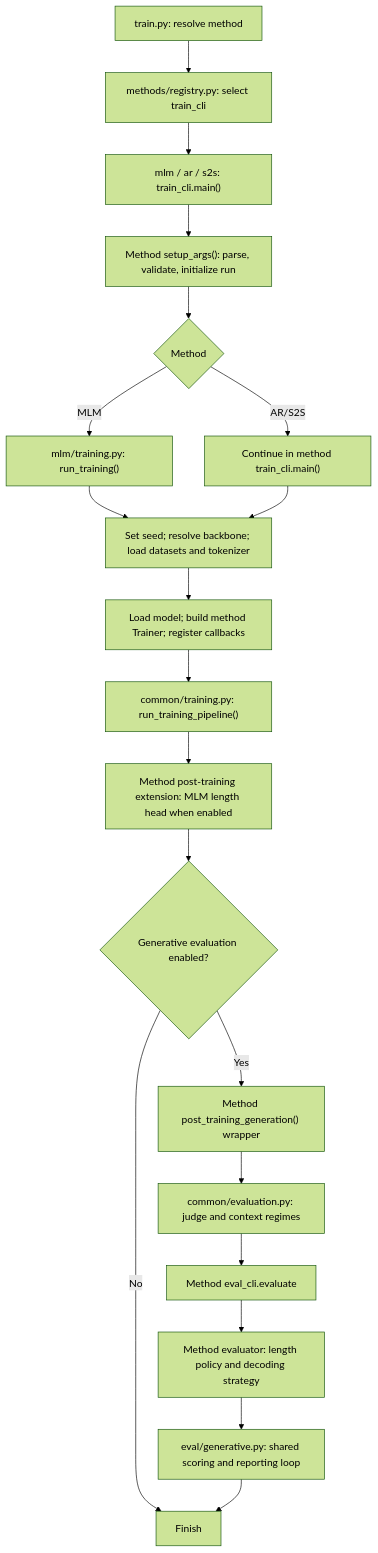
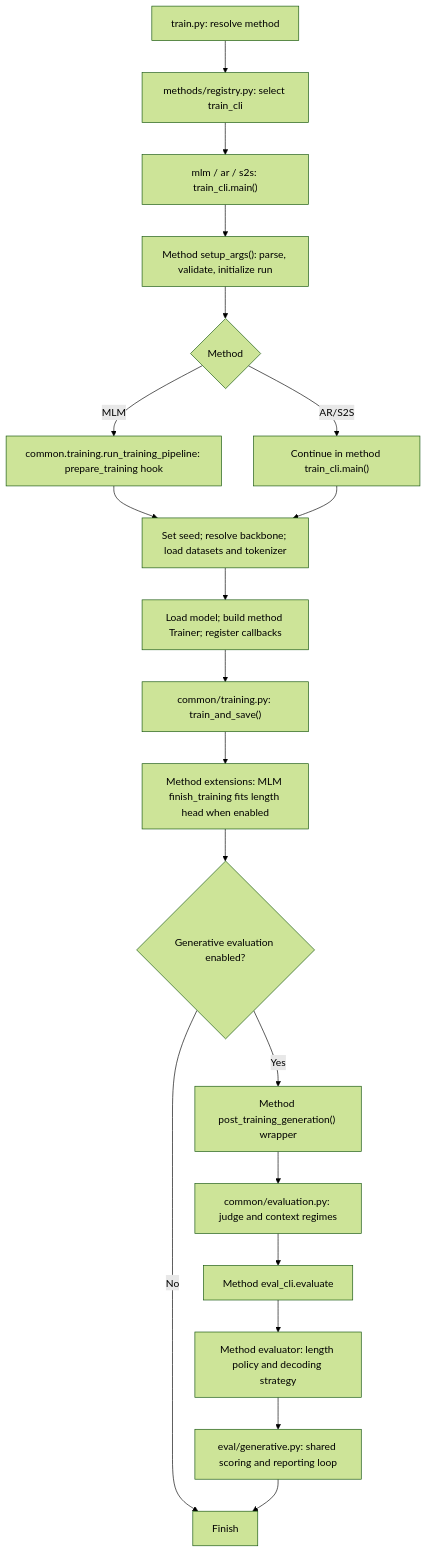
Before and after one commit to PangXH842/CDRSeqGen: the third of 3 diagrams in cdrseqgen/methods/common/README.md, drawn with Mermaid (forest theme). The commit also changed other lines of this file and 61 other files, not shown here.

````diff
--- a/cdrseqgen/methods/common/README.md
+++ b/cdrseqgen/methods/common/README.md
@@ -116,22 +129,22 @@
 ```mermaid
 flowchart TD
     T["train.py: resolve method"] --> R["methods/registry.py: select train_cli"]
     R --> A["mlm / ar / s2s: train_cli.main()"]
     A --> B["Method setup_args(): parse, validate, initialize run"]
     B --> O{"Method"}
-    O -->|MLM| M["mlm/training.py: run_training()"]
+    O -->|MLM| M["common.training.run_training_pipeline: prepare_training hook"]
     O -->|AR/S2S| N["Continue in method train_cli.main()"]
     M --> C["Set seed; resolve backbone; load datasets and tokenizer"]
     N --> C
     C --> D["Load model; build method Trainer; register callbacks"]
-    D --> E["common/training.py: run_training_pipeline()"]
-    E --> F["Method post-training extension: MLM length head when enabled"]
+    D --> E["common/training.py: train_and_save()"]
+    E --> F["Method extensions: MLM finish_training fits length head when enabled"]
     F --> G{"Generative evaluation enabled?"}
     G -->|Yes| H["Method post_training_generation() wrapper"]
     H --> I["common/evaluation.py: judge and context regimes"]
     I --> Q["Method eval_cli.evaluate"]
     Q --> J["Method evaluator: length policy and decoding strategy"]
     J --> K["eval/generative.py: shared scoring and reporting loop"]
     G -->|No| Z["Finish"]
     K --> Z
 ```
````
